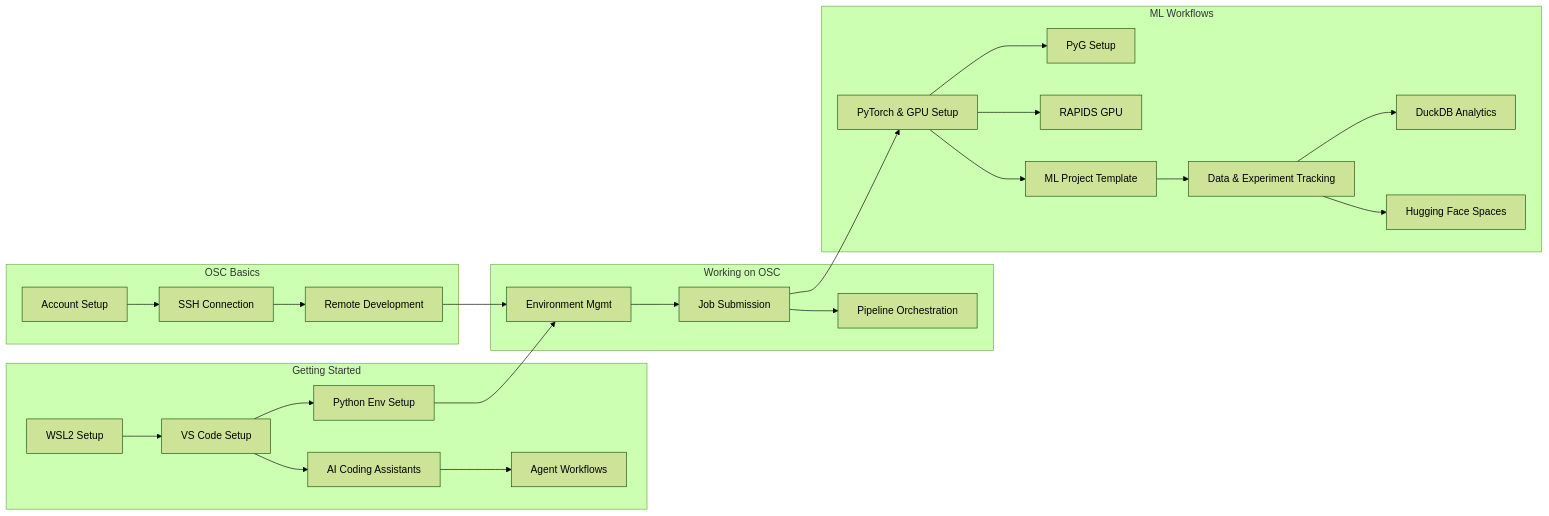
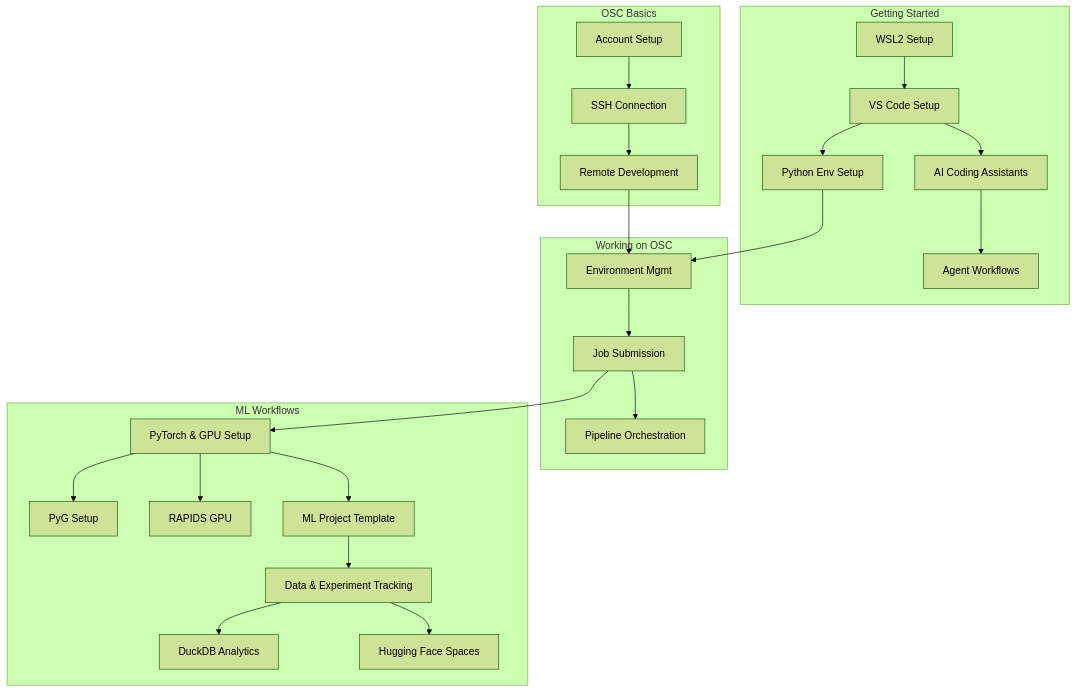
The first of 2 diagrams in docs/resources/concept-map.md (OSU-CAR-MSL/lab-setup-guide), drawn with Mermaid (forest theme) before and after one commit. The commit also changed other lines of this file and 2 other files, not shown here.

Commit message:
fix: sidebar !important override, mermaid diagram fixes
- Add !important to .md-sidebar--secondary display:none to override
  Material's @media :not([hidden]) rule that was keeping it visible
- Add horizontal scroll CSS for mermaid diagrams instead of squishing
- Switch concept map from flowchart LR to TB for better fit
- Remove all mermaid click directives — Material renders mermaid in
  shadow DOM which blocks click interactivity (securityLevel strict)
- Remove misleading "Interactive — click to navigate" admonition
- Troubleshooting page: replace broken click directives with a
  markdown jump-to links bar below the simplified flowchart

````diff
--- a/docs/resources/concept-map.md
+++ b/docs/resources/concept-map.md
@@ -30,67 +30,47 @@
 ```mermaid
-flowchart LR
+flowchart TB
   subgraph GS["Getting Started"]
     wsl["WSL2 Setup"]
     vscode["VS Code Setup"]
     pyenv["Python Env Setup"]
     ai["AI Coding Assistants"]
     agent["Agent Workflows"]
     wsl --> vscode --> pyenv
     vscode --> ai --> agent
   end
 
   subgraph OB["OSC Basics"]
     account["Account Setup"]
     ssh["SSH Connection"]
     remote["Remote Development"]
     account --> ssh --> remote
   end
 
   subgraph WO["Working on OSC"]
     envmgmt["Environment Mgmt"]
     jobs["Job Submission"]
     pipeline["Pipeline Orchestration"]
     envmgmt --> jobs
     jobs --> pipeline
   end
 
   subgraph ML["ML Workflows"]
     pytorch["PyTorch & GPU Setup"]
     pyg["PyG Setup"]
     rapids["RAPIDS GPU"]
     mlwf["ML Project Template"]
     tracking["Data & Experiment Tracking"]
     duckdb["DuckDB Analytics"]
     hf["Hugging Face Spaces"]
     pytorch --> pyg
     pytorch --> rapids
     mlwf --> tracking --> duckdb
     tracking --> hf
   end
 
   %% Cross-section prerequisite edges
   pyenv --> envmgmt
   remote --> envmgmt
   jobs --> pytorch
   pytorch --> mlwf
-
-  %% Click directives — link nodes to pages
-  click wsl "../getting-started/wsl-setup/"
-  click vscode "../getting-started/vscode-setup/"
-  click pyenv "../getting-started/python-environment-setup/"
-  click ai "../getting-started/ai-coding-assistants/"
-  click agent "../getting-started/agent-workflows/"
-  click account "../osc-basics/osc-account-setup/"
-  click ssh "../osc-basics/osc-ssh-connection/"
-  click remote "../osc-basics/osc-remote-development/"
-  click envmgmt "../working-on-osc/osc-environment-management/"
-  click jobs "../working-on-osc/osc-job-submission/"
-  click pipeline "../working-on-osc/pipeline-orchestration/"
-  click pytorch "../ml-workflows/pytorch-setup/"
-  click pyg "../ml-workflows/pyg-setup/"
-  click rapids "../ml-workflows/rapids-gpu-preprocessing/"
-  click mlwf "../ml-workflows/ml-workflow/"
-  click tracking "../ml-workflows/data-experiment-tracking/"
-  click duckdb "../ml-workflows/duckdb-analytics/"
-  click hf "../ml-workflows/huggingface-spaces/"
 ```
````
